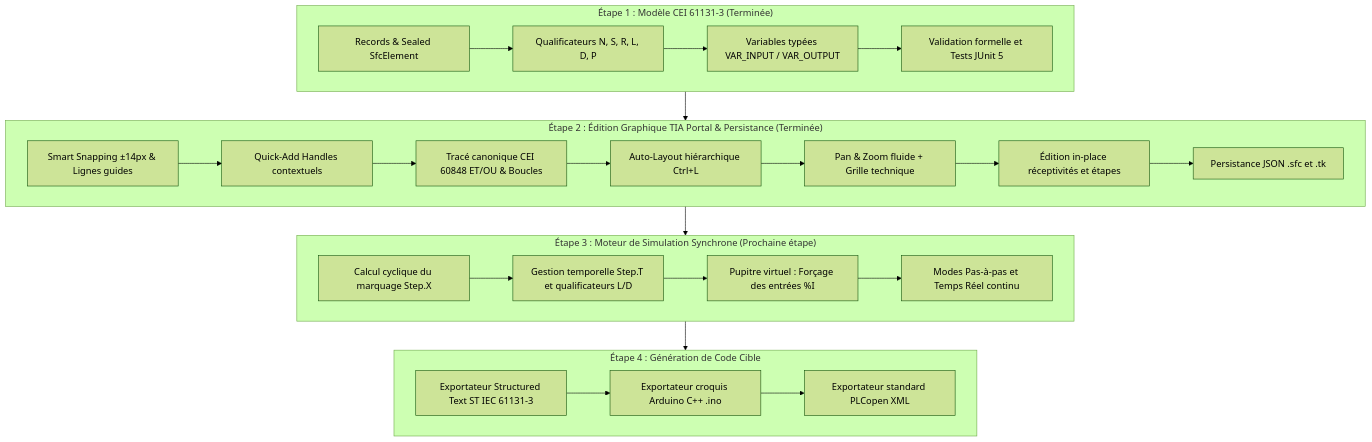
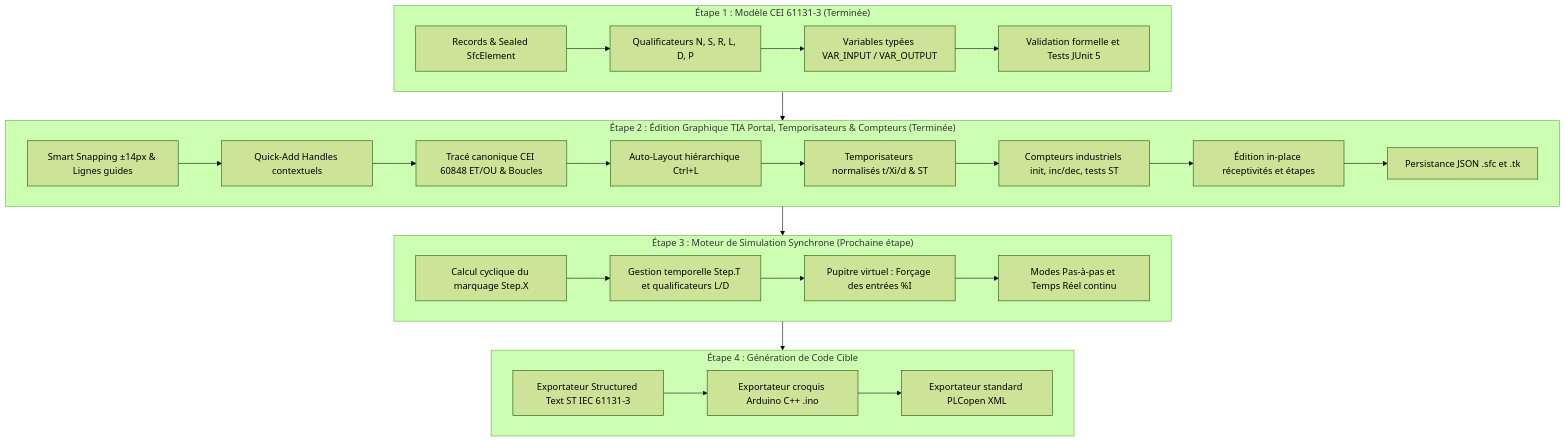
One commit to TAHRI-Khalid/Grafino changed the diagram in AGENTS.md. Above: the diagram before and after it, drawn with Mermaid (forest theme). The commit also changed other lines of this file, not shown here.

Commit message:
docs: mise à jour roadmap et documentation des compteurs et temporisateurs dans AGENTS.md

````diff
--- a/AGENTS.md
+++ b/AGENTS.md
@@ -240,32 +240,33 @@
 ```mermaid
 flowchart TD
     subgraph Etape1 ["Étape 1 : Modèle CEI 61131-3 (Terminée)"]
         A1[Records & Sealed SfcElement] --> A2[Qualificateurs N, S, R, L, D, P]
         A2 --> A3[Variables typées VAR_INPUT / VAR_OUTPUT]
         A3 --> A4[Validation formelle et Tests JUnit 5]
     end
 
-    subgraph Etape2 ["Étape 2 : Édition Graphique TIA Portal & Persistance (Terminée)"]
+    subgraph Etape2 ["Étape 2 : Édition Graphique TIA Portal, Temporisateurs & Compteurs (Terminée)"]
         B1[Smart Snapping ±14px & Lignes guides] --> B2[Quick-Add Handles contextuels]
         B2 --> B3[Tracé canonique CEI 60848 ET/OU & Boucles]
         B3 --> B4[Auto-Layout hiérarchique Ctrl+L]
-        B4 --> B5[Pan & Zoom fluide + Grille technique]
-        B5 --> B6[Édition in-place réceptivités et étapes]
-        B6 --> B7[Persistance JSON .sfc et .tk]
+        B4 --> B5[Temporisateurs normalisés t/Xi/d & ST]
+        B5 --> B6[Compteurs industriels init, inc/dec, tests ST]
+        B6 --> B7[Édition in-place réceptivités et étapes]
+        B7 --> B8[Persistance JSON .sfc et .tk]
     end
 
     subgraph Etape3 ["Étape 3 : Moteur de Simulation Synchrone (Prochaine étape)"]
         C1[Calcul cyclique du marquage Step.X] --> C2[Gestion temporelle Step.T et qualificateurs L/D]
         C2 --> C3[Pupitre virtuel : Forçage des entrées %I]
         C3 --> C4[Modes Pas-à-pas et Temps Réel continu]
     end
 
     subgraph Etape4 ["Étape 4 : Génération de Code Cible"]
         D1[Exportateur Structured Text ST IEC 61131-3] --> D2[Exportateur croquis Arduino C++ .ino]
         D2 --> D3[Exportateur standard PLCopen XML]
     end
 
     Etape1 --> Etape2
     Etape2 --> Etape3
     Etape3 --> Etape4
 ```
````
